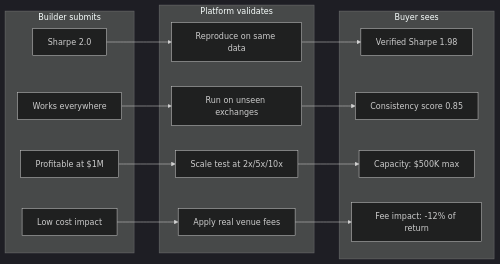
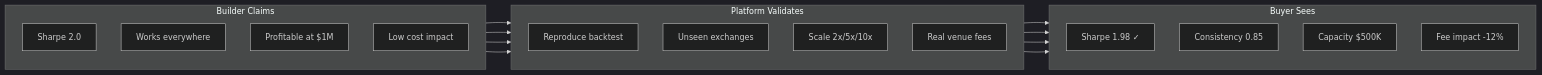
One commit to Clypt/docs changed the second of 2 diagrams in platform/marketplace.mdx. Above: the diagram before and after it, drawn with Mermaid (dark theme). The commit also changed other lines of this file and 12 other files, not shown here.

````diff
--- a/platform/marketplace.mdx
+++ b/platform/marketplace.mdx
@@ -65,25 +66,28 @@
 ```mermaid
 flowchart LR
-    subgraph BS["Builder submits"]
+    subgraph BS["Builder Claims"]
+        direction TB
         B1["Sharpe 2.0"]
         B2["Works everywhere"]
         B3["Profitable at $1M"]
         B4["Low cost impact"]
     end
-    subgraph PV["Platform validates"]
-        P1["Reproduce on same data"]
-        P2["Run on unseen exchanges"]
-        P3["Scale test at 2x/5x/10x"]
-        P4["Apply real venue fees"]
+    subgraph PV["Platform Validates"]
+        direction TB
+        P1["Reproduce backtest"]
+        P2["Unseen exchanges"]
+        P3["Scale 2x/5x/10x"]
+        P4["Real venue fees"]
     end
-    subgraph BY["Buyer sees"]
-        Y1["Verified Sharpe 1.98"]
-        Y2["Consistency score 0.85"]
-        Y3["Capacity: $500K max"]
-        Y4["Fee impact: -12% of return"]
+    subgraph BY["Buyer Sees"]
+        direction TB
+        Y1["Sharpe 1.98 ✓"]
+        Y2["Consistency 0.85"]
+        Y3["Capacity $500K"]
+        Y4["Fee impact -12%"]
     end
     B1 --> P1 --> Y1
     B2 --> P2 --> Y2
     B3 --> P3 --> Y3
     B4 --> P4 --> Y4
 ```
````
